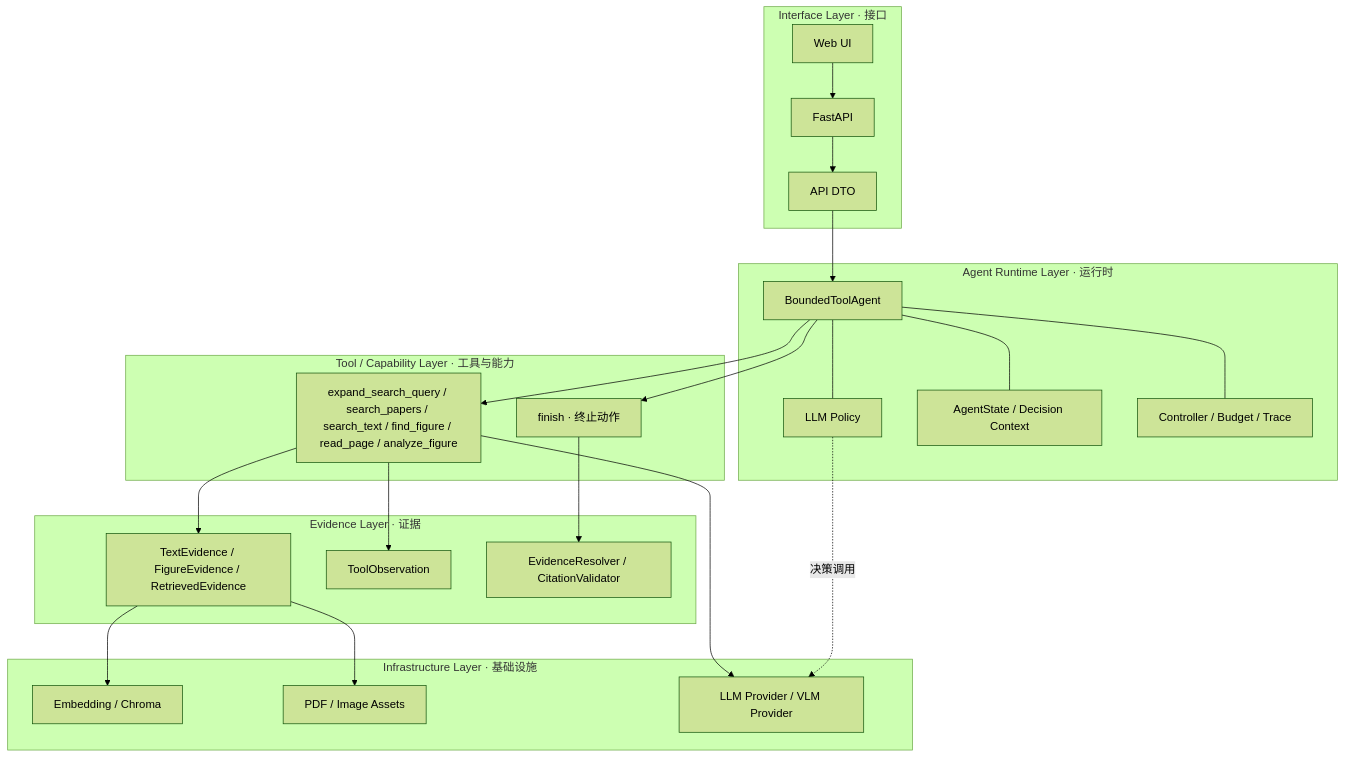
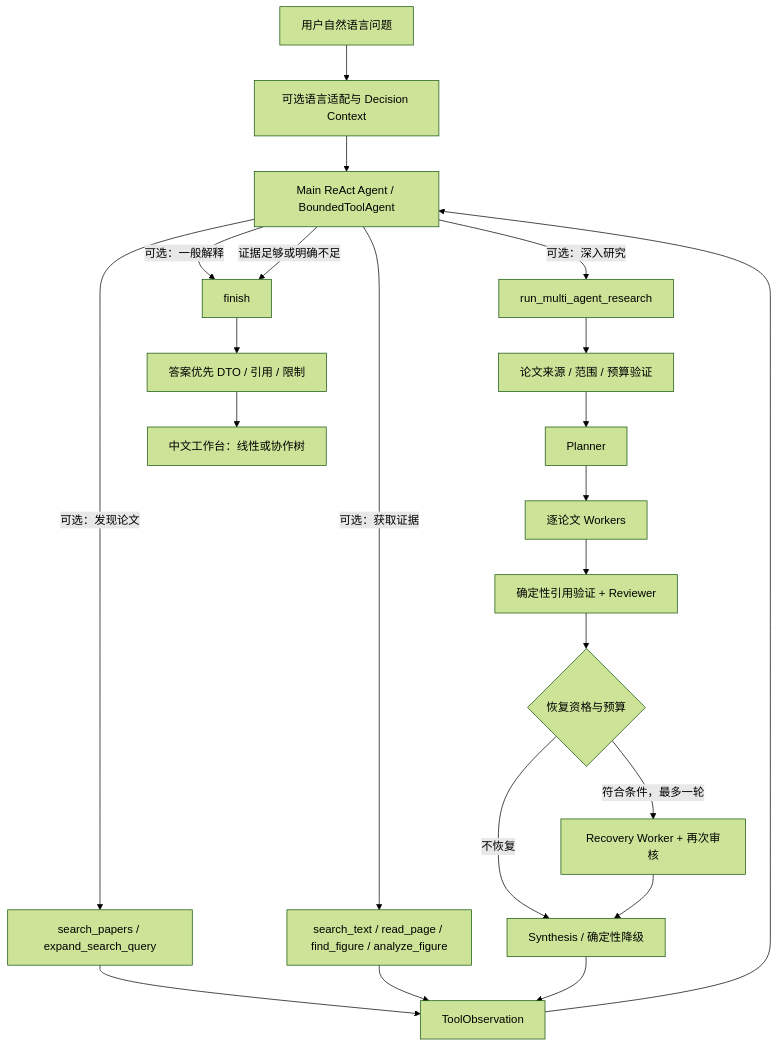
Before and after one commit to lei421852-oss/Personal-Research-Agent: the diagram in README.md, drawn with Mermaid (forest theme). The commit also changed other lines of this file and 7 other files, not shown here.

Commit message:
docs: finalize architecture and quickstart

````diff
--- a/README.md
+++ b/README.md
@@ -134,40 +24,24 @@
 ```mermaid
-flowchart TB
-    subgraph I[Interface Layer · 接口]
-        UI[Web UI] --> API[FastAPI]
-        API --> DTO[API DTO]
-    end
-    subgraph R[Agent Runtime Layer · 运行时]
-        AG[BoundedToolAgent]
-        P[LLM Policy]
-        S[AgentState / Decision Context]
-        C[Controller / Budget / Trace]
-        AG --- P
-        AG --- S
-        AG --- C
-    end
-    subgraph T[Tool / Capability Layer · 工具与能力]
-        TOOLS[expand_search_query / search_papers / search_text / find_figure / read_page / analyze_figure]
-        F[finish · 终止动作]
-    end
-    subgraph E[Evidence Layer · 证据]
-        EV[TextEvidence / FigureEvidence / RetrievedEvidence]
-        OB[ToolObservation]
-        ER[EvidenceResolver / CitationValidator]
-    end
-    subgraph B[Infrastructure Layer · 基础设施]
-        IDX[Embedding / Chroma]
-        AS[PDF / Image Assets]
-        PROVIDER[LLM Provider / VLM Provider]
-    end
-    DTO --> AG
-    AG --> TOOLS
-    AG --> F
-    TOOLS --> EV
-    TOOLS --> OB
-    F --> ER
-    EV --> IDX
-    EV --> AS
-    TOOLS --> PROVIDER
-    P -. 决策调用 .-> PROVIDER
+flowchart TD
+    Q[用户自然语言问题] --> C[可选语言适配与 Decision Context]
+    C --> M[Main ReAct Agent / BoundedToolAgent]
+    M -->|可选：一般解释| F[finish]
+    M -->|可选：发现论文| P[search_papers / expand_search_query]
+    M -->|可选：获取证据| E[search_text / read_page / find_figure / analyze_figure]
+    M -->|可选：深入研究| R[run_multi_agent_research]
+    R --> H[论文来源 / 范围 / 预算验证]
+    H --> PL[Planner]
+    PL --> W[逐论文 Workers]
+    W --> V[确定性引用验证 + Reviewer]
+    V --> RC{恢复资格与预算}
+    RC -->|符合条件，最多一轮| RW[Recovery Worker + 再次审核]
+    RC -->|不恢复| S[Synthesis / 确定性降级]
+    RW --> S
+    P --> O[ToolObservation]
+    E --> O
+    S --> O
+    O --> M
+    M -->|证据足够或明确不足| F
+    F --> A[答案优先 DTO / 引用 / 限制]
+    A --> UI[中文工作台：线性或协作树]
 ```
````
